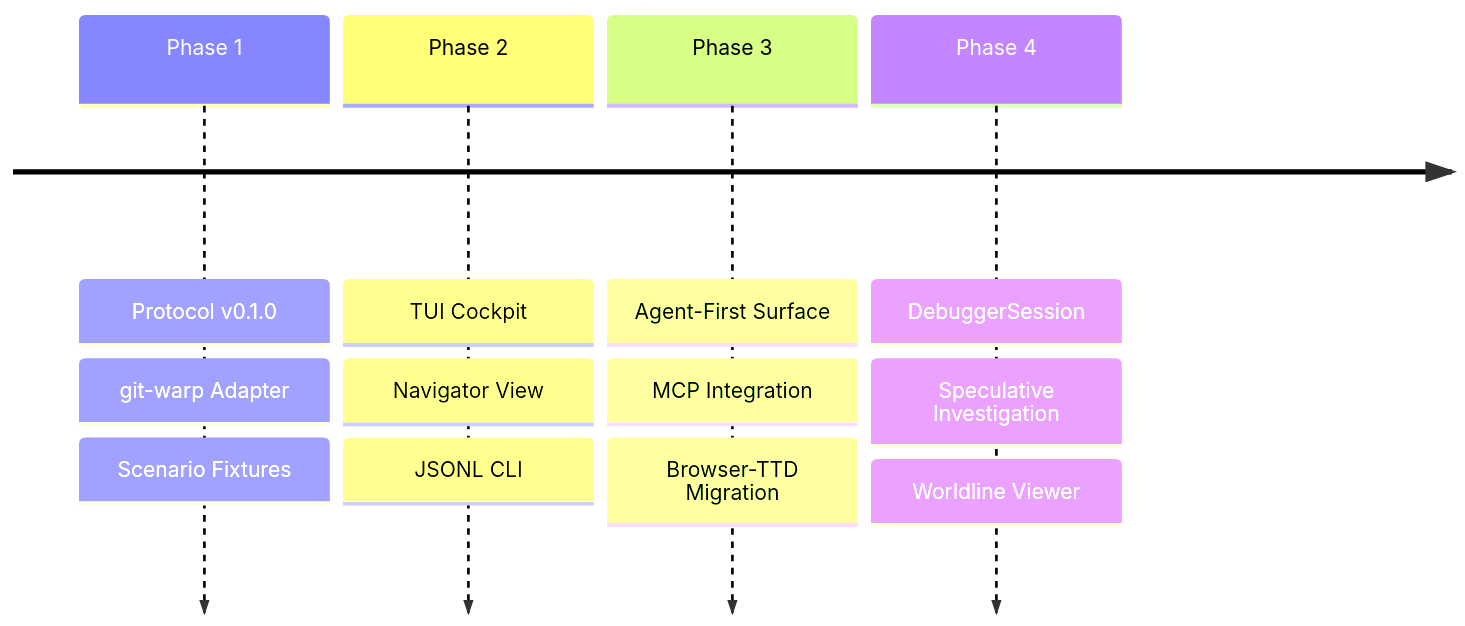
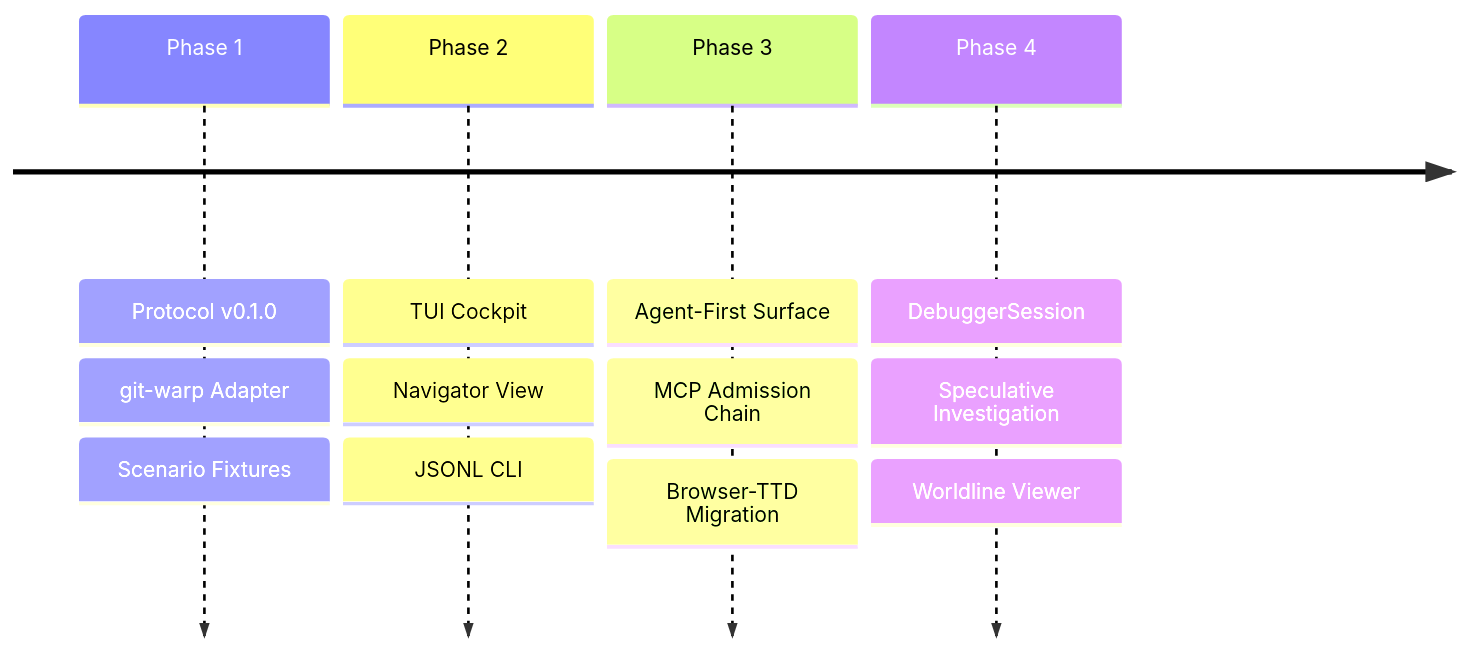
Before and after one commit to flyingrobots/warp-ttd: the diagram in docs/BEARING.md, drawn with Mermaid. The commit also changed other lines of this file and 5 other files, not shown here.

Commit message:
docs(backlog): align bearing with admission-chain MCP

````diff
--- a/docs/BEARING.md
+++ b/docs/BEARING.md
@@ -5,7 +5,7 @@
 ```mermaid
 timeline
     Phase 1 : Protocol v0.1.0 : git-warp Adapter : Scenario Fixtures
     Phase 2 : TUI Cockpit : Navigator View : JSONL CLI
-    Phase 3 : Agent-First Surface : MCP Integration : Browser-TTD Migration
+    Phase 3 : Agent-First Surface : MCP Admission Chain : Browser-TTD Migration
     Phase 4 : DebuggerSession : Speculative Investigation : Worldline Viewer
 ```
````
